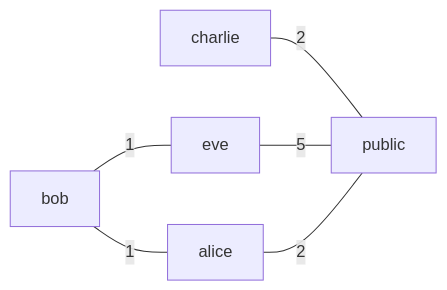
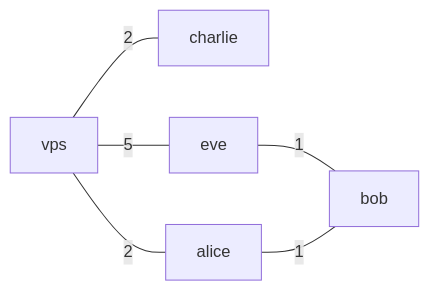
The first of 4 diagrams in README.md (encodeous/nylon), drawn with Mermaid before and after one commit. The commit also changed other lines of this file, not shown here.

````diff
--- a/README.md
+++ b/README.md
@@ -13,8 +13,8 @@
 ```mermaid
-graph RL
-    public --- |2| charlie
-    public --- |2| alice
+graph LR
+    vps --- |2| charlie
+    vps --- |2| alice
     eve --- |1| bob
-    public --- |5| eve
+    vps --- |5| eve
     alice --- |1| bob
 ```
````
